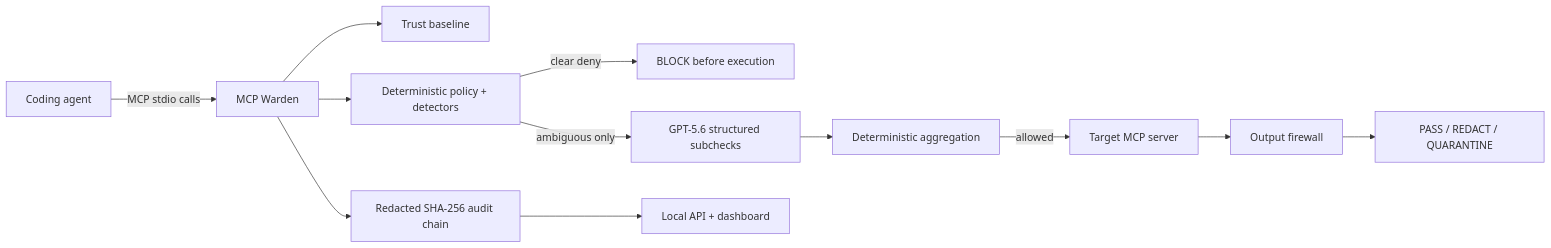
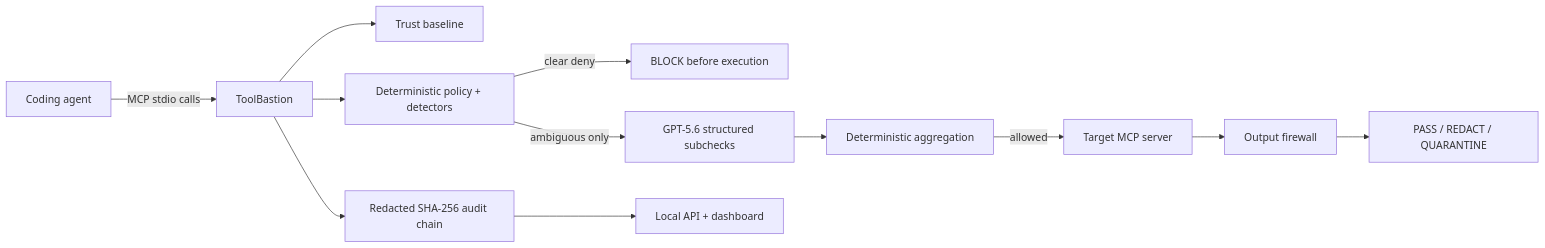
The diagram in README.md (MaharMuavia/toolbastion), drawn with Mermaid before and after one commit. The commit also changed other lines of this file and 92 other files, not shown here.

Commit message:
Launch ToolBastion security gateway

````diff
--- a/README.md
+++ b/README.md
@@ -39,14 +65,14 @@
 ```mermaid
 flowchart LR
-  A["Coding agent"] -->|"MCP stdio calls"| W["MCP Warden"]
+  A["Coding agent"] -->|"MCP stdio calls"| W["ToolBastion"]
   W --> T["Trust baseline"]
   W --> D["Deterministic policy + detectors"]
   D -->|"clear deny"| B["BLOCK before execution"]
   D -->|"ambiguous only"| G["GPT-5.6 structured subchecks"]
   G --> E["Deterministic aggregation"]
   E -->|"allowed"| M["Target MCP server"]
   M --> O["Output firewall"]
   O --> R["PASS / REDACT / QUARANTINE"]
   W --> H["Redacted SHA-256 audit chain"]
   H --> API["Local API + dashboard"]
 ```
````
